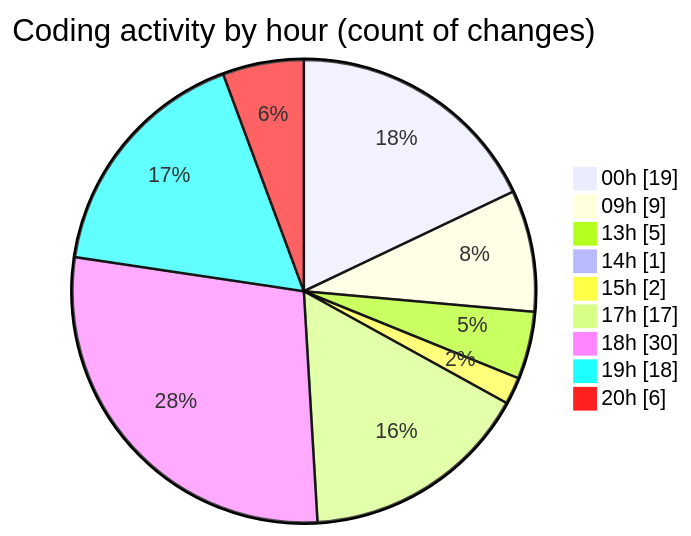
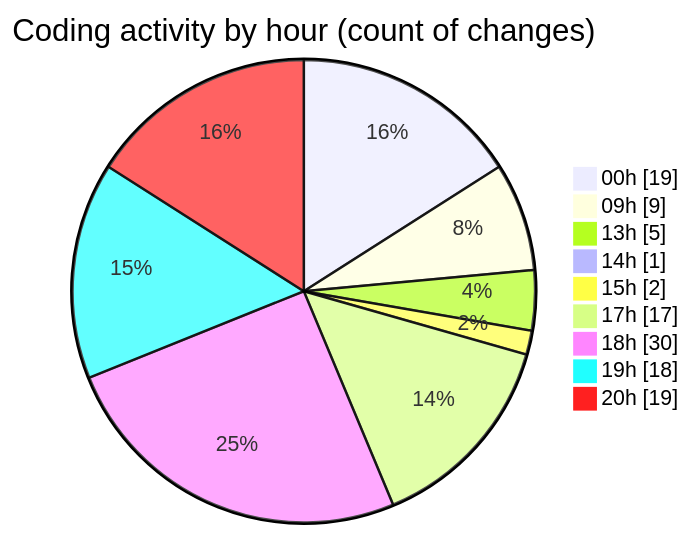
One commit to EIIisD/code-tracking changed the second of 2 diagrams in 2025-08-12/ribbon/README.md. Above: the diagram before and after it, drawn with Mermaid. The commit also changed other lines of this file and 1 other file, not shown here.

````diff
--- a/2025-08-12/ribbon/README.md
+++ b/2025-08-12/ribbon/README.md
@@ -51,13 +52,13 @@
 ```mermaid
 pie showData
 title Coding activity by hour (count of changes)
 "00h" : 19
 "09h" : 9
 "13h" : 5
 "14h" : 1
 "15h" : 2
 "17h" : 17
 "18h" : 30
 "19h" : 18
-"20h" : 6
+"20h" : 19
 ```
````
